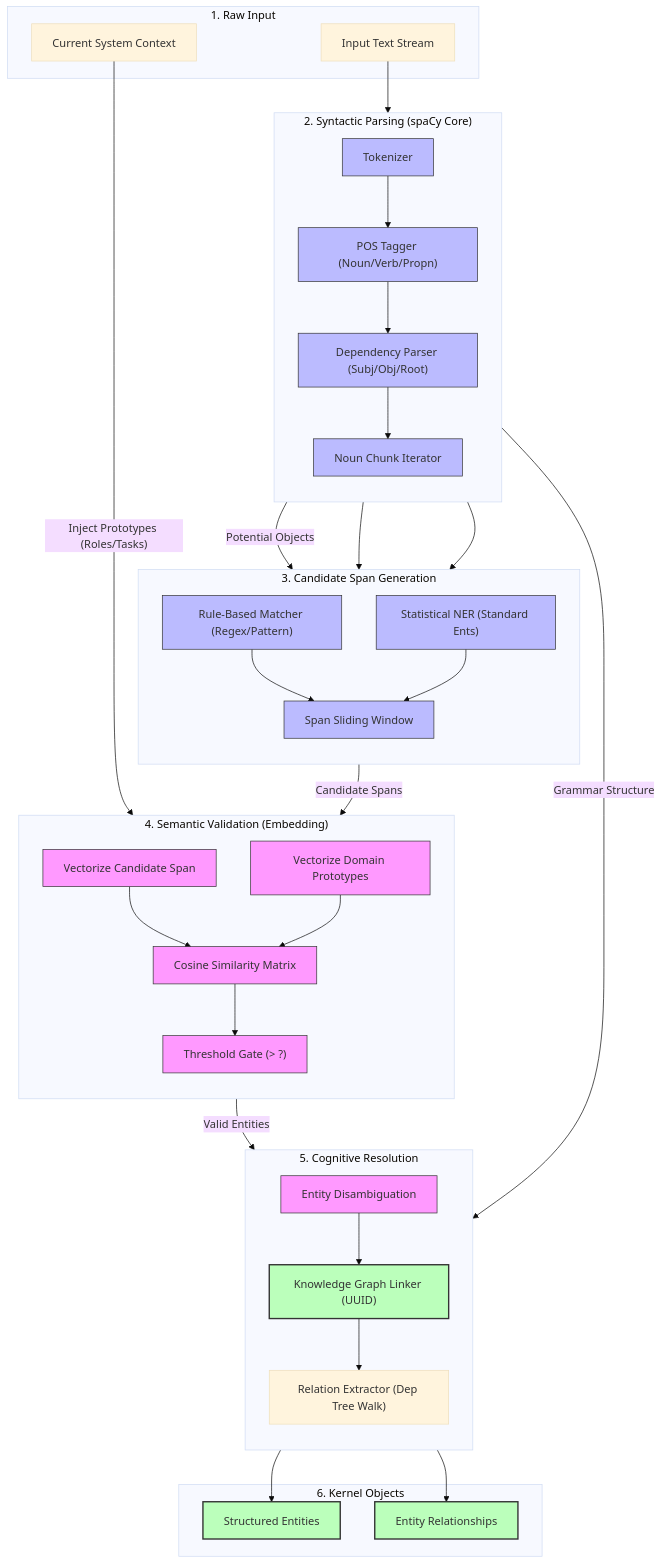
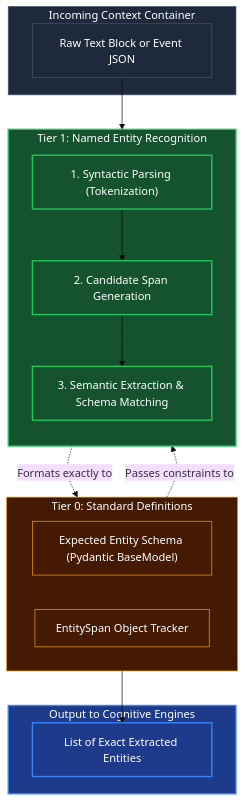
Before and after one commit to azzindani/Kea: the diagram in redesign/tier_1/entity_recognition.md, drawn with Mermaid (base theme). The commit also changed other lines of this file and 22 other files, not shown here.

Commit message:
feat: Define the conceptual architecture and components for Kea's multi-tiered redesign across tiers 0-6.

````diff
--- a/redesign/tier_1/entity_recognition.md
+++ b/redesign/tier_1/entity_recognition.md
@@ -1,82 +8,52 @@
 ```mermaid
 ---
 config:
   layout: dagre
 ---
 flowchart TB
- subgraph sInput["1. Raw Input"]
-        nText["Input Text Stream"]
-        nContext["Current System Context"]
-  end
+    %% TIER 0 SCHEMA IMPORTS
+    subgraph sTier0["Tier 0: Standard Definitions"]
+        direction LR
+        nSchemaObj["Expected Entity Schema (Pydantic BaseModel)"]
+        nSchemaResult["EntitySpan Object Tracker"]
+    end
 
- subgraph sSyntax["2. Syntactic Parsing (spaCy Core)"]
+    %% Inputs
+    subgraph sInput["Incoming Context Container"]
+        nRaw["Raw Text Block or Event JSON"]
+    end
+
+    %% TIER 1 ENGINE
+    subgraph sTier1["Tier 1: Named Entity Recognition"]
         direction TB
-        nTok["Tokenizer"]
-        nPOS["POS Tagger (Noun/Verb/Propn)"]
-        nDep["Dependency Parser (Subj/Obj/Root)"]
-        nChunks["Noun Chunk Iterator"]
         
-        nTok --> nPOS --> nDep --> nChunks
-  end
+        nParse["1. Syntactic Parsing (Tokenization)"]
+        nGenerate["2. Candidate Span Generation"]
+        nValidate["3. Semantic Extraction & Schema Matching"]
+        
+        nParse --> nGenerate --> nValidate
+    end
 
- subgraph sCandidate["3. Candidate Span Generation"]
-        direction TB
-        nRule["Rule-Based Matcher (Regex/Pattern)"]
-        nModel["Statistical NER (Standard Ents)"]
-        nSpanGen["Span Sliding Window"]
-  end
+    %% Output
+    subgraph sOutput["Output to Cognitive Engines"]
+        nEntities["List of Exact Extracted Entities"]
+    end
 
- subgraph sSemantic["4. Semantic Validation (Embedding)"]
-        direction TB
-        nVecTarget["Vectorize Candidate Span"]
-        nVecProto["Vectorize Domain Prototypes"]
-        nSimMatrix["Cosine Similarity Matrix"]
-        nFilter["Threshold Gate (> ?)"]
-  end
-
- subgraph sResolution["5. Cognitive Resolution"]
-        direction TB
-        nDisambig["Entity Disambiguation"]
-        nLink["Knowledge Graph Linker (UUID)"]
-        nRelExtract["Relation Extractor (Dep Tree Walk)"]
-  end
-
- subgraph sOutput["6. Kernel Objects"]
-        nObjects["Structured Entities"]
-        nRelations["Entity Relationships"]
-  end
-
-    %% Flow: Syntax Phase
-    nText --> nTok
-    nChunks -- "Potential Objects" --> nSpanGen
-    nDep -- "Grammar Structure" --> nRelExtract
-
-    %% Flow: Candidate Generation
-    nTok --> nRule
-    nTok --> nModel
-    nRule & nModel --> nSpanGen
-
-    %% Flow: Semantic Phase (The Hybrid)
-    nSpanGen -- "Candidate Spans" --> nVecTarget
-    nContext -- "Inject Prototypes (Roles/Tasks)" --> nVecProto
+    %% Routing
+    nRaw --> nParse
+    nSchemaObj -.->|Passes constraints to| nValidate
+    nValidate -.->|Formats exactly to| nSchemaResult
     
-    nVecTarget & nVecProto --> nSimMatrix
-    nSimMatrix --> nFilter
-
-    %% Flow: Resolution Phase
-    nFilter -- "Valid Entities" --> nDisambig
-    nDisambig --> nLink
-    
-    %% Relation Extraction (Connecting the dots)
-    nLink --> nRelExtract
-    nRelExtract --> nObjects & nRelations
+    nSchemaResult --> nEntities
 
     %% Styling
-    classDef syn fill:#bbf,stroke:#333,stroke-width:1px;
-    classDef sem fill:#f9f,stroke:#333,stroke-width:1px;
-    classDef out fill:#bfb,stroke:#333,stroke-width:2px;
-
-    class nTok,nPOS,nDep,nChunks,nRule,nModel,nSpanGen syn;
-    class nVecTarget,nVecProto,nSimMatrix,nFilter,nDisambig sem;
-    class nObjects,nRelations,nLink out;
+    classDef t0 fill:#451A03,stroke:#F59E0B,stroke-width:1px,color:#fff
+    classDef t1 fill:#14532D,stroke:#22C55E,stroke-width:2px,color:#fff
+    classDef in fill:#1e293b,stroke:#475569,stroke-width:1px,color:#fff
+    classDef out fill:#1E3A8A,stroke:#3B82F6,stroke-width:2px,color:#fff
+    
+    class sTier0,nSchemaObj,nSchemaResult t0
+    class sInput,nRaw in
+    class sTier1,nParse,nGenerate,nValidate t1
+    class sOutput,nEntities out
 ```
````
